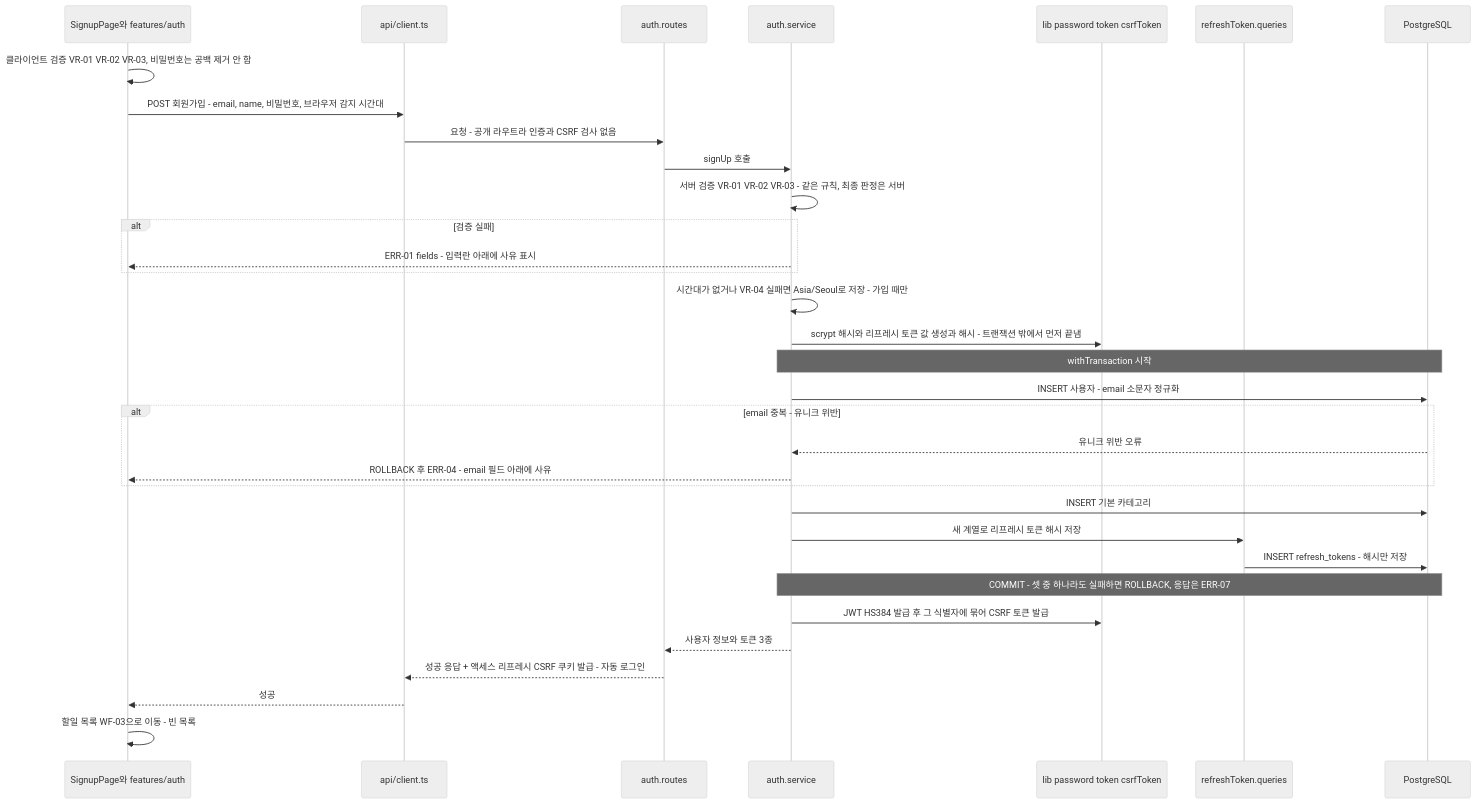
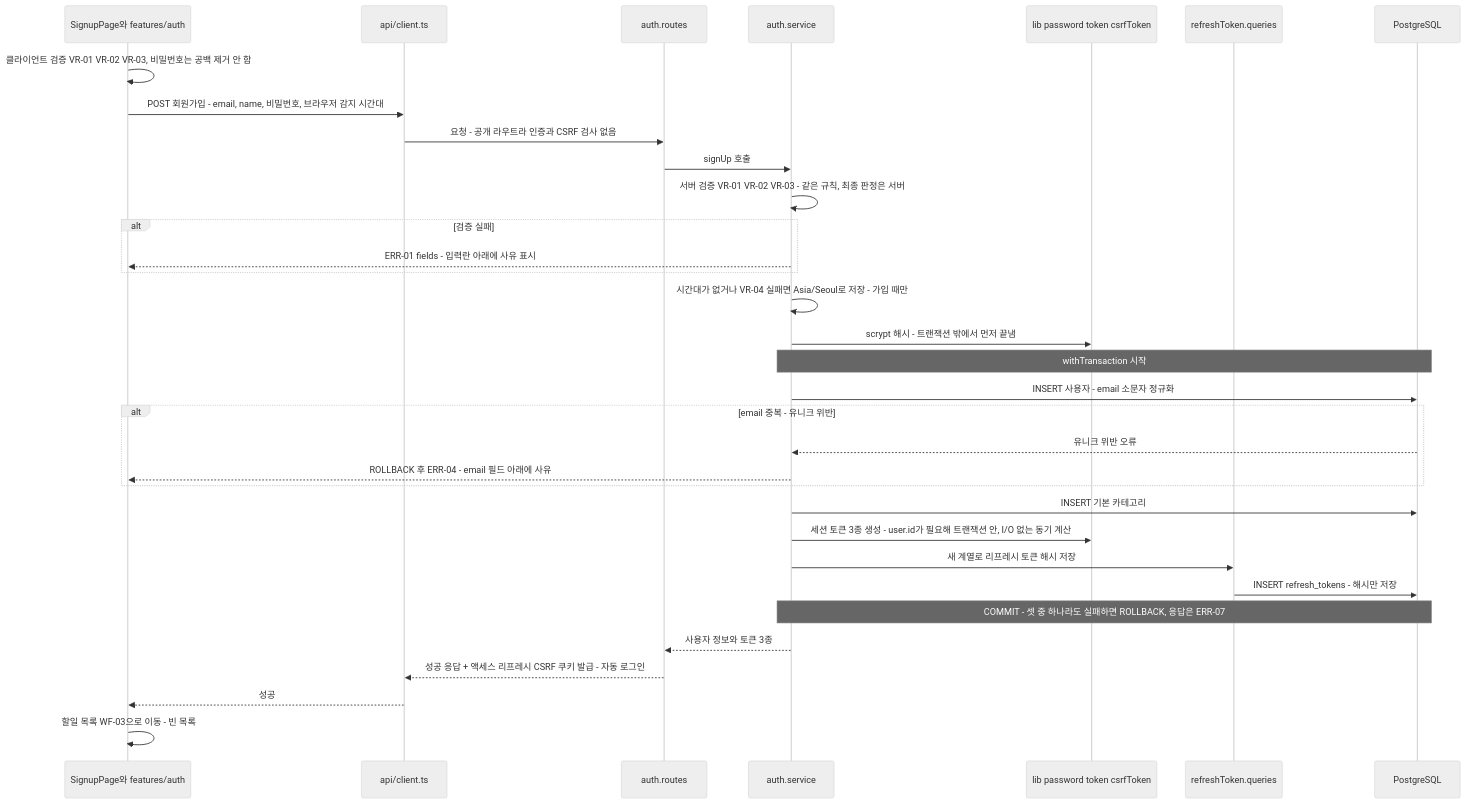
The fifth of 13 diagrams in docs/6-arch-diagram.md (Palbok-Kim/todolist-app), drawn with Mermaid (neutral theme) before and after one commit. The commit also changed other lines of this file and 101 other files, not shown here.

````diff
--- a/docs/6-arch-diagram.md
+++ b/docs/6-arch-diagram.md
@@ -239,36 +241,36 @@
 ```mermaid
 sequenceDiagram
     participant UI as SignupPage와 features/auth
     participant CL as api/client.ts
     participant RT as auth.routes
     participant SV as auth.service
     participant LB as lib password token csrfToken
     participant RQ as refreshToken.queries
     participant DB as PostgreSQL
 
     UI->>UI: 클라이언트 검증 VR-01 VR-02 VR-03, 비밀번호는 공백 제거 안 함
     UI->>CL: POST 회원가입 - email, name, 비밀번호, 브라우저 감지 시간대
     CL->>RT: 요청 - 공개 라우트라 인증과 CSRF 검사 없음
     RT->>SV: signUp 호출
     SV->>SV: 서버 검증 VR-01 VR-02 VR-03 - 같은 규칙, 최종 판정은 서버
     alt 검증 실패
         SV-->>UI: ERR-01 fields - 입력란 아래에 사유 표시
     end
     SV->>SV: 시간대가 없거나 VR-04 실패면 Asia/Seoul로 저장 - 가입 때만
-    SV->>LB: scrypt 해시와 리프레시 토큰 값 생성과 해시 - 트랜잭션 밖에서 먼저 끝냄
+    SV->>LB: scrypt 해시 - 트랜잭션 밖에서 먼저 끝냄
     Note over SV,DB: withTransaction 시작
     SV->>DB: INSERT 사용자 - email 소문자 정규화
     alt email 중복 - 유니크 위반
         DB-->>SV: 유니크 위반 오류
         SV-->>UI: ROLLBACK 후 ERR-04 - email 필드 아래에 사유
     end
     SV->>DB: INSERT 기본 카테고리
+    SV->>LB: 세션 토큰 3종 생성 - user.id가 필요해 트랜잭션 안, I/O 없는 동기 계산
     SV->>RQ: 새 계열로 리프레시 토큰 해시 저장
     RQ->>DB: INSERT refresh_tokens - 해시만 저장
     Note over SV,DB: COMMIT - 셋 중 하나라도 실패하면 ROLLBACK, 응답은 ERR-07
-    SV->>LB: JWT HS384 발급 후 그 식별자에 묶어 CSRF 토큰 발급
     SV-->>RT: 사용자 정보와 토큰 3종
     RT-->>CL: 성공 응답 + 액세스 리프레시 CSRF 쿠키 발급 - 자동 로그인
     CL-->>UI: 성공
     UI->>UI: 할일 목록 WF-03으로 이동 - 빈 목록
 ```
````
